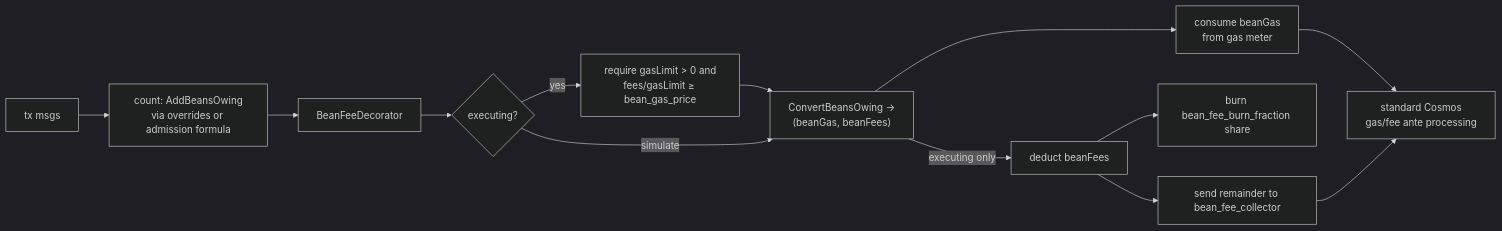
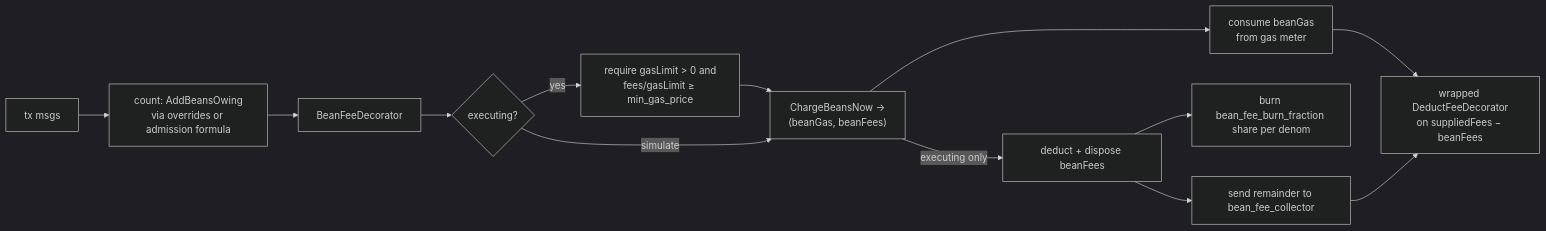
The diagram in designs/beans-v2-deflation.md (kriscendobot/agoric-sdk), drawn with Mermaid (dark theme) before and after one commit. The commit also changed other lines of this file, not shown here.

First line of the commit message:
docs(beans-v2): resolve @michaelfig review — DeductFee wrap, ChargeBeansNow, DecCoins params

````diff
--- a/designs/beans-v2-deflation.md
+++ b/designs/beans-v2-deflation.md
@@ -146,14 +207,14 @@
 ```mermaid
 flowchart LR
   A[tx msgs] --> B[count: AddBeansOwing\nvia overrides or admission formula]
   B --> C[BeanFeeDecorator]
   C --> D{executing?}
-  D -- yes --> E[require gasLimit > 0 and\nfees/gasLimit ≥ bean_gas_price]
-  E --> F["ConvertBeansOwing →\n(beanGas, beanFees)"]
+  D -- yes --> E[require gasLimit > 0 and\nfees/gasLimit ≥ min_gas_price]
+  E --> F["ChargeBeansNow →\n(beanGas, beanFees)"]
   D -- simulate --> F
   F --> G[consume beanGas\nfrom gas meter]
-  F -- executing only --> H[deduct beanFees]
-  H --> I[burn bean_fee_burn_fraction share]
+  F -- executing only --> H[deduct + dispose beanFees]
+  H --> I[burn bean_fee_burn_fraction share per denom]
   H --> J[send remainder to bean_fee_collector]
-  G & J --> K[standard Cosmos\ngas/fee ante processing]
+  G & J --> K["wrapped DeductFeeDecorator\non suppliedFees − beanFees"]
 ```
````
